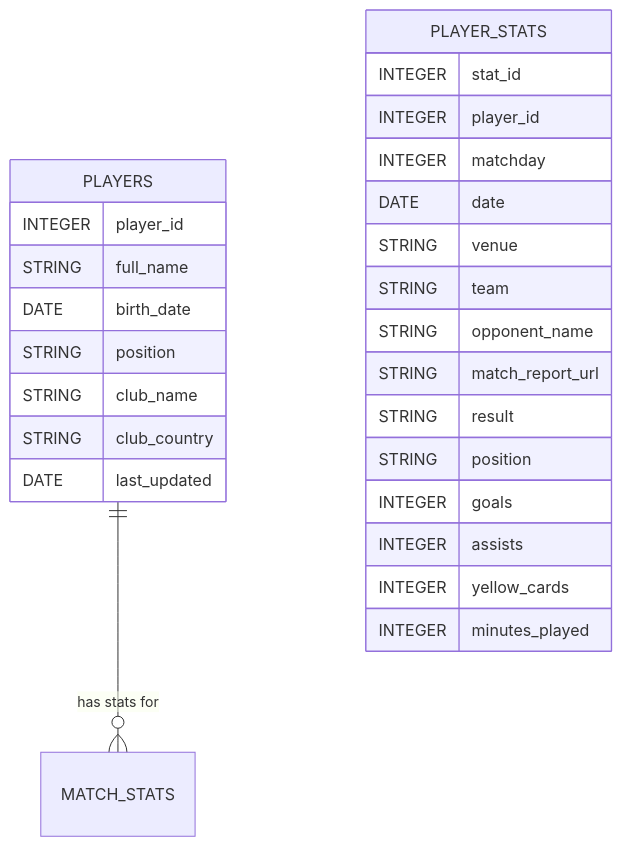
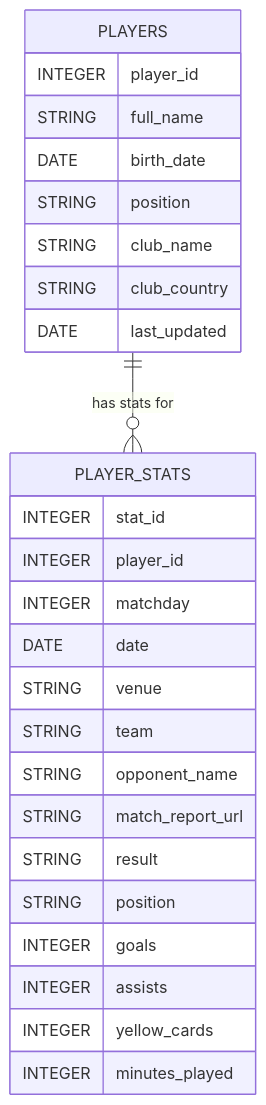
One commit to eli-jaffe/USMNT_Employee_Pipeline changed the diagram in README.md. Above: the diagram before and after it, drawn with Mermaid.

````diff
--- a/README.md
+++ b/README.md
@@ -132,31 +132,31 @@
 ```mermaid
 erDiagram
     PLAYERS {
         INTEGER player_id
         STRING full_name
         DATE birth_date
         STRING position
         STRING club_name
         STRING club_country
         DATE last_updated
     }
     
     PLAYER_STATS {
         INTEGER stat_id
         INTEGER player_id
         INTEGER matchday
         DATE date
         STRING venue
         STRING team
         STRING opponent_name
         STRING match_report_url
         STRING result
         STRING position
         INTEGER goals
         INTEGER assists
         INTEGER yellow_cards
         INTEGER minutes_played
     }
 
-    PLAYERS ||--o{ MATCH_STATS : "has stats for"
+    PLAYERS ||--o{ PLAYER_STATS : "has stats for"
 ```
````
